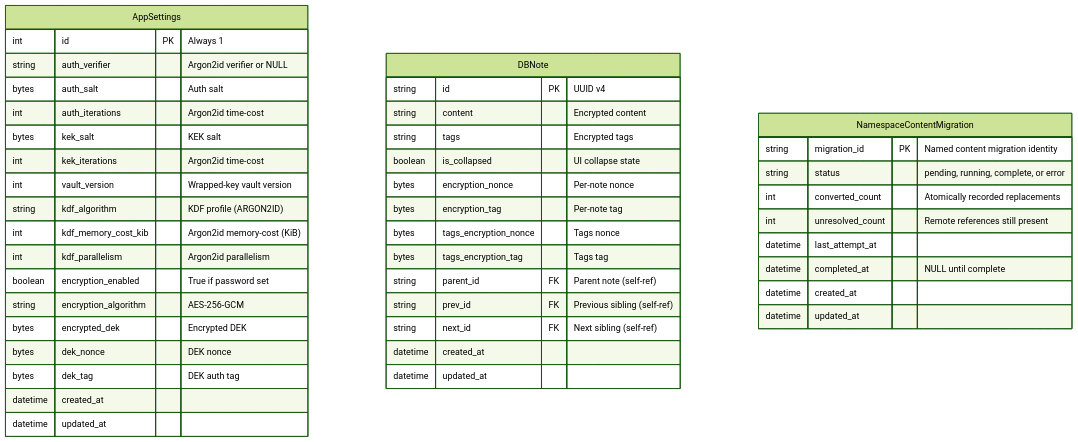
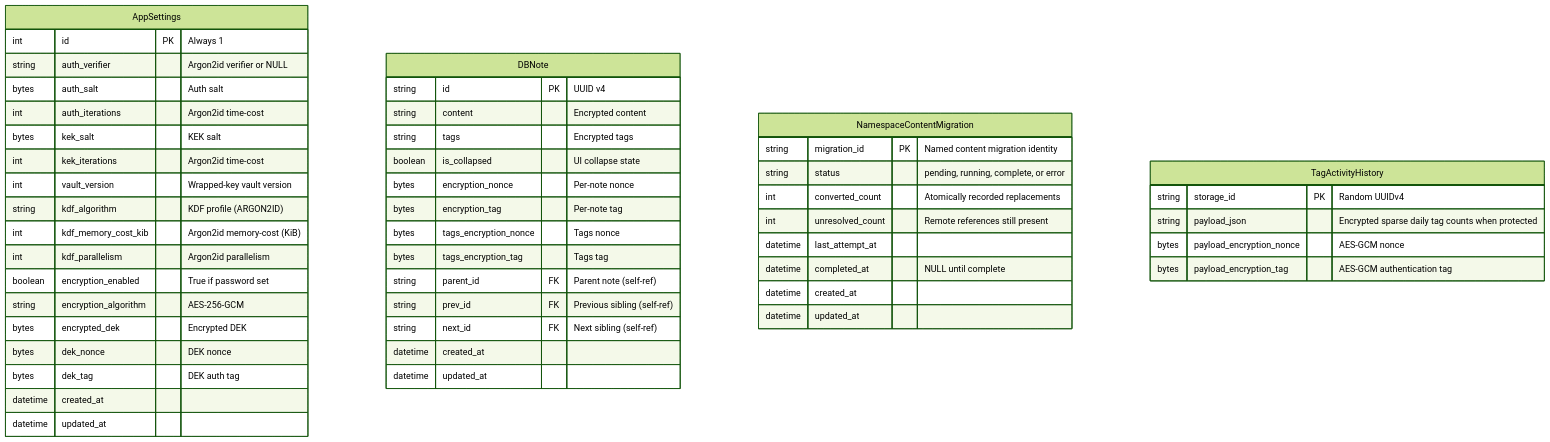
Before and after one commit to evolvingstuff/metalist: the diagram in docs/diagrams/database-schema.md, drawn with Mermaid (forest theme). The commit also changed 62 other files, not shown here.

````diff
--- a/docs/diagrams/database-schema.md
+++ b/docs/diagrams/database-schema.md
@@ -5,49 +5,56 @@
 ```mermaid
 erDiagram
     AppSettings {
         int id PK "Always 1"
         string auth_verifier "Argon2id verifier or NULL"
         bytes auth_salt "Auth salt"
         int auth_iterations "Argon2id time-cost"
         bytes kek_salt "KEK salt"
         int kek_iterations "Argon2id time-cost"
         int vault_version "Wrapped-key vault version"
         string kdf_algorithm "KDF profile (ARGON2ID)"
         int kdf_memory_cost_kib "Argon2id memory-cost (KiB)"
         int kdf_parallelism "Argon2id parallelism"
         boolean encryption_enabled "True if password set"
         string encryption_algorithm "AES-256-GCM"
         bytes encrypted_dek "Encrypted DEK"
         bytes dek_nonce "DEK nonce"
         bytes dek_tag "DEK auth tag"
         datetime created_at
         datetime updated_at
     }
     
     DBNote {
         string id PK "UUID v4"
         string content "Encrypted content"
         string tags "Encrypted tags"
         boolean is_collapsed "UI collapse state"
         bytes encryption_nonce "Per-note nonce"
         bytes encryption_tag "Per-note tag"
         bytes tags_encryption_nonce "Tags nonce"
         bytes tags_encryption_tag "Tags tag"
         string parent_id FK "Parent note (self-ref)"
         string prev_id FK "Previous sibling (self-ref)"
         string next_id FK "Next sibling (self-ref)"
         datetime created_at
         datetime updated_at
     }
 
     NamespaceContentMigration {
         string migration_id PK "Named content migration identity"
         string status "pending, running, complete, or error"
         int converted_count "Atomically recorded replacements"
         int unresolved_count "Remote references still present"
         datetime last_attempt_at
         datetime completed_at "NULL until complete"
         datetime created_at
         datetime updated_at
     }
+
+    TagActivityHistory {
+        string storage_id PK "Random UUIDv4"
+        string payload_json "Encrypted sparse daily tag counts when protected"
+        bytes payload_encryption_nonce "AES-GCM nonce"
+        bytes payload_encryption_tag "AES-GCM authentication tag"
+    }
 ```
````
